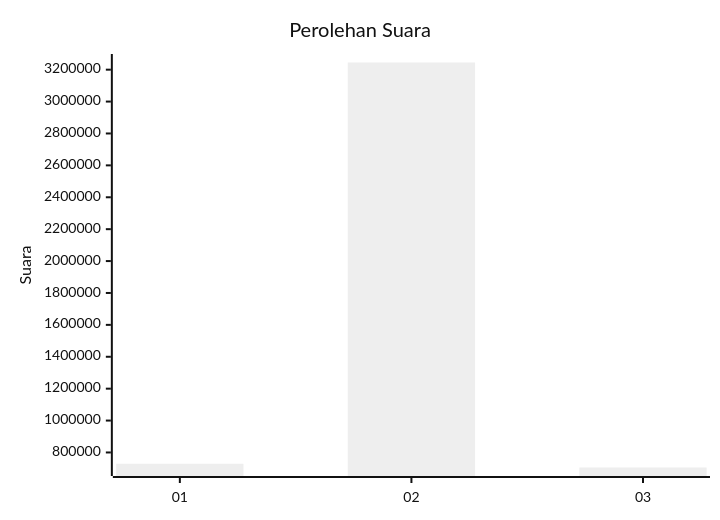
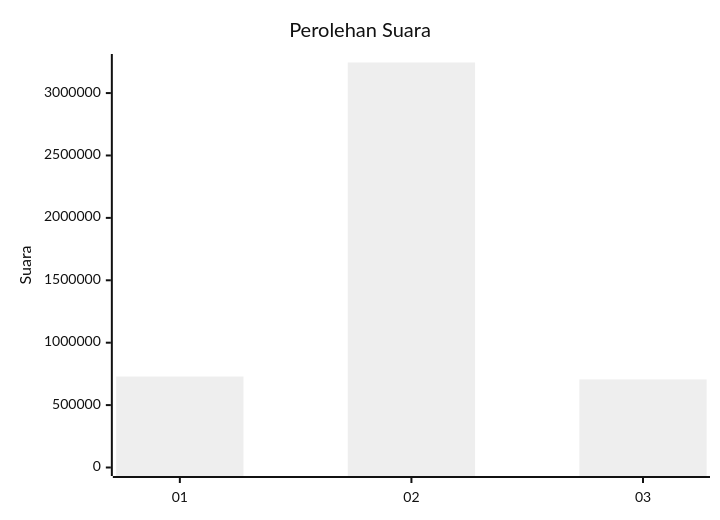
The first of 2 diagrams in pilpres/hitung-suara/sub/table-wilayah-18.md (gigit-pemilu/pemilu-2024), drawn with Mermaid (neutral theme) before and after one commit. The commit also changed 42 other files, not shown here.

````diff
--- a/pilpres/hitung-suara/sub/table-wilayah-18.md
+++ b/pilpres/hitung-suara/sub/table-wilayah-18.md
@@ -7,7 +7,7 @@
 ```mermaid
 xychart-beta
     title "Perolehan Suara"
     x-axis [01, 02, 03]
-    y-axis "Suara"
+    y-axis "Suara" 0 --> 3244965
     bar [729032, 3244965, 705725]
 ```
````
